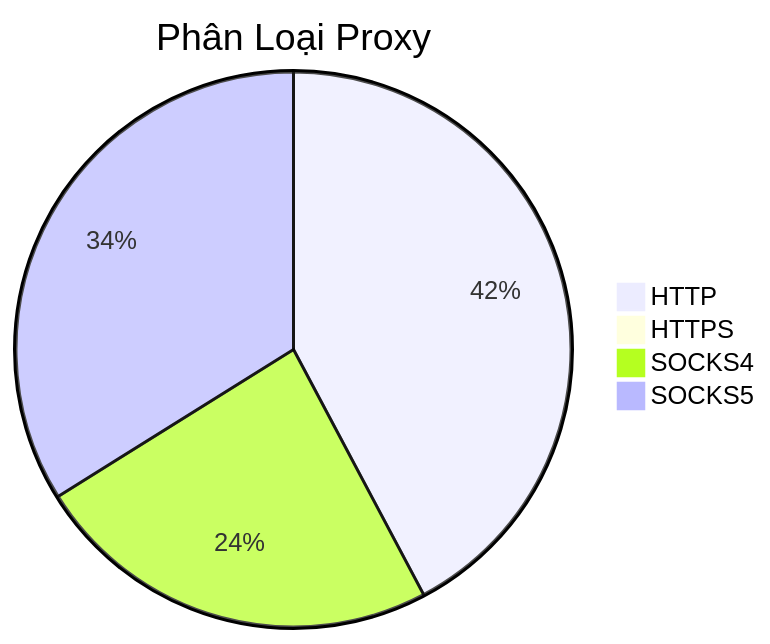
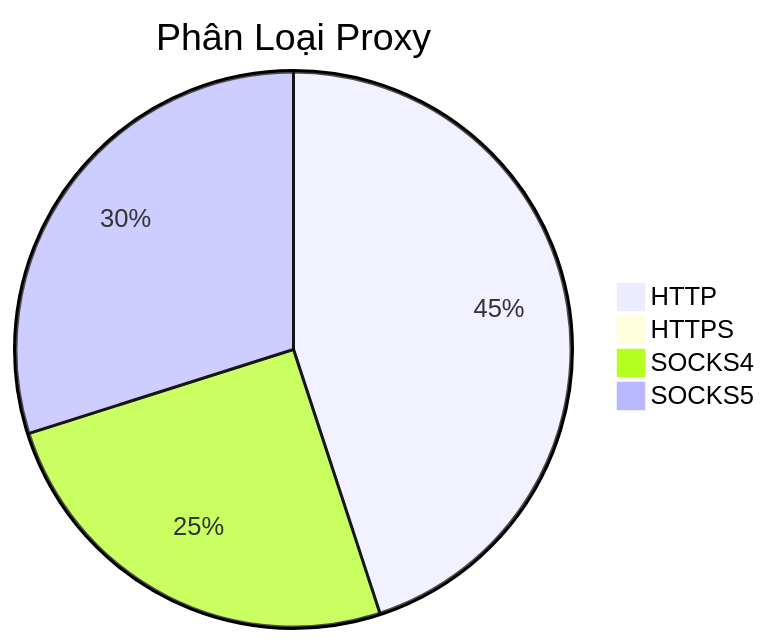
One commit to Ciara-12/PROXY-free changed the diagram in README.md. Above: the diagram before and after it, drawn with Mermaid. The commit also changed other lines of this file and 4 other files, not shown here.

````diff
--- a/README.md
+++ b/README.md
@@ -26,7 +26,7 @@
 ```mermaid
 pie title Phân Loại Proxy
-    "HTTP" : 541
-    "HTTPS" : 1
-    "SOCKS4" : 306
-    "SOCKS5" : 434
+    "HTTP" : 531
+    "HTTPS" : 2
+    "SOCKS4" : 297
+    "SOCKS5" : 353
 ```
````
